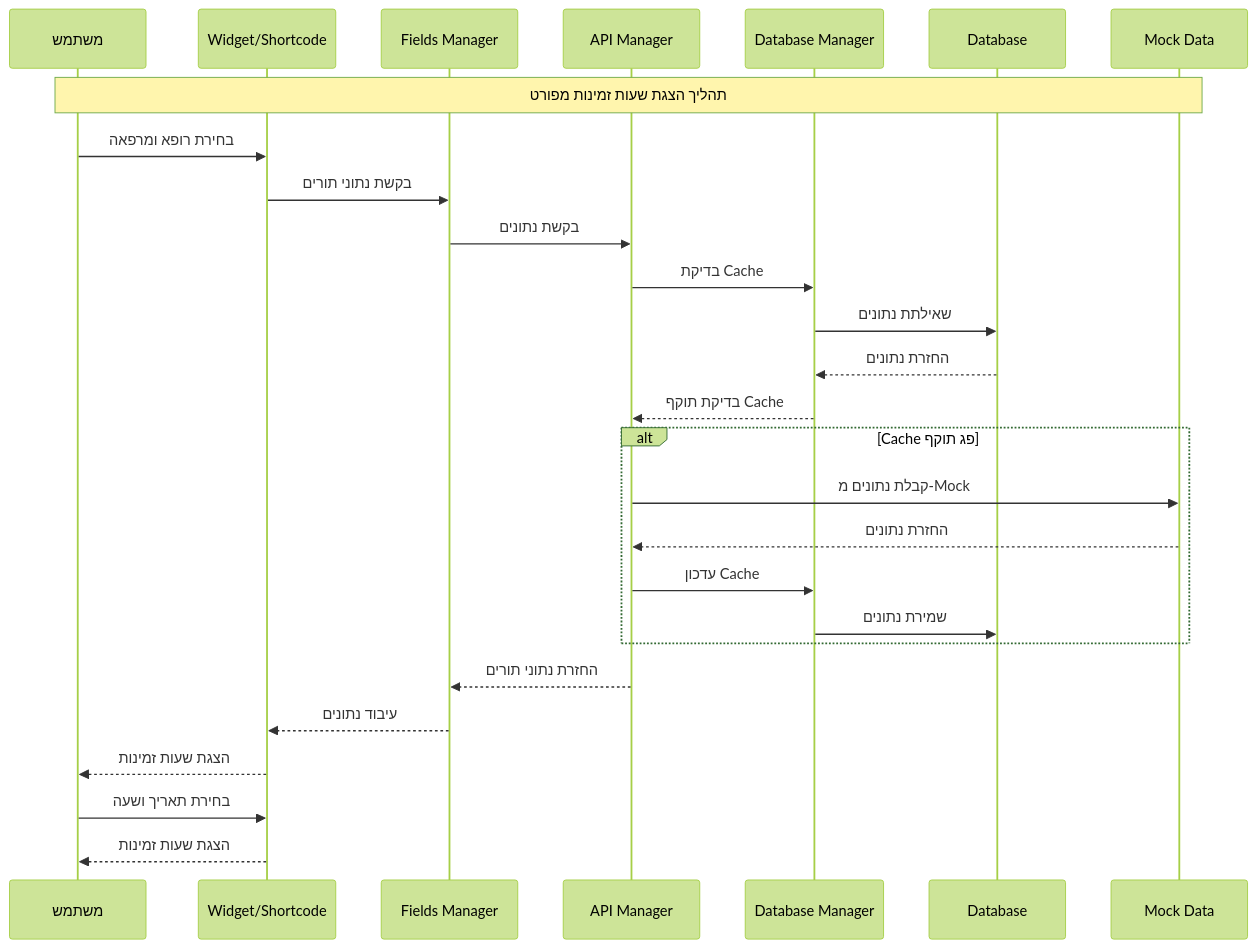
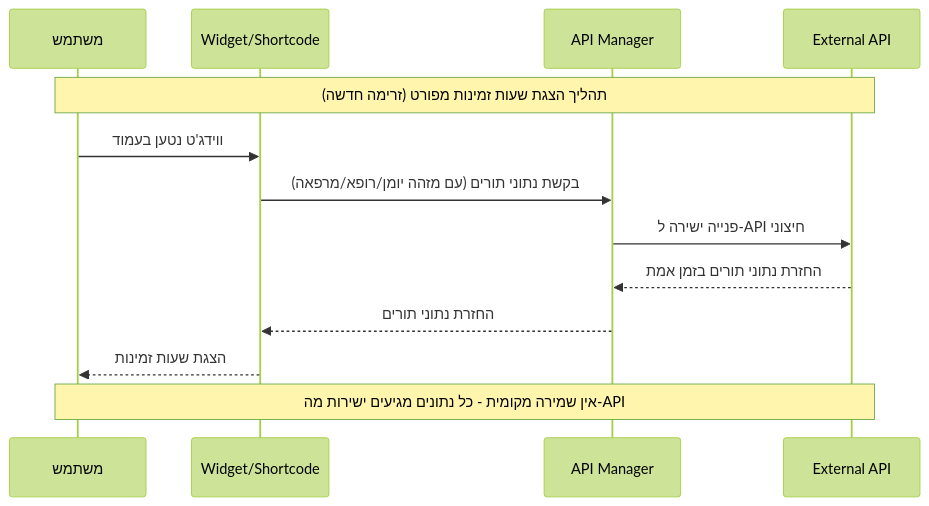
The second of 8 diagrams in docs/DETAILED_FLOW.md (OrielBenMoshe/clinic-queue-management), drawn with Mermaid (forest theme) before and after one commit. The commit also changed other lines of this file and 78 other files, not shown here.

````diff
--- a/docs/DETAILED_FLOW.md
+++ b/docs/DETAILED_FLOW.md
@@ -96,34 +90,18 @@
 ```mermaid
 sequenceDiagram
     participant U as משתמש
     participant W as Widget/Shortcode
-    participant F as Fields Manager
     participant A as API Manager
-    participant D as Database Manager
-    participant DB as Database
-    participant M as Mock Data
+    participant E as External API
     
-    Note over U,M: תהליך הצגת שעות זמינות מפורט
+    Note over U,E: תהליך הצגת שעות זמינות מפורט (זרימה חדשה)
     
-    U->>W: בחירת רופא ומרפאה
-    W->>F: בקשת נתוני תורים
-    F->>A: בקשת נתונים
-    A->>D: בדיקת Cache
-    D->>DB: שאילתת נתונים
-    DB-->>D: החזרת נתונים
-    D-->>A: בדיקת תוקף Cache
-    
-    alt Cache פג תוקף
-        A->>M: קבלת נתונים מ-Mock
-        M-->>A: החזרת נתונים
-        A->>D: עדכון Cache
-        D->>DB: שמירת נתונים
-    end
-    
-    A-->>F: החזרת נתוני תורים
-    F-->>W: עיבוד נתונים
+    U->>W: ווידג'ט נטען בעמוד
+    W->>A: בקשת נתוני תורים (עם מזהה יומן/רופא/מרפאה)
+    A->>E: פנייה ישירה ל-API חיצוני
+    E-->>A: החזרת נתוני תורים בזמן אמת
+    A-->>W: החזרת נתוני תורים
     W-->>U: הצגת שעות זמינות
     
-    U->>W: בחירת תאריך ושעה
-    W-->>U: הצגת שעות זמינות
+    Note over U,E: אין שמירה מקומית - כל נתונים מגיעים ישירות מה-API
 ```
````
